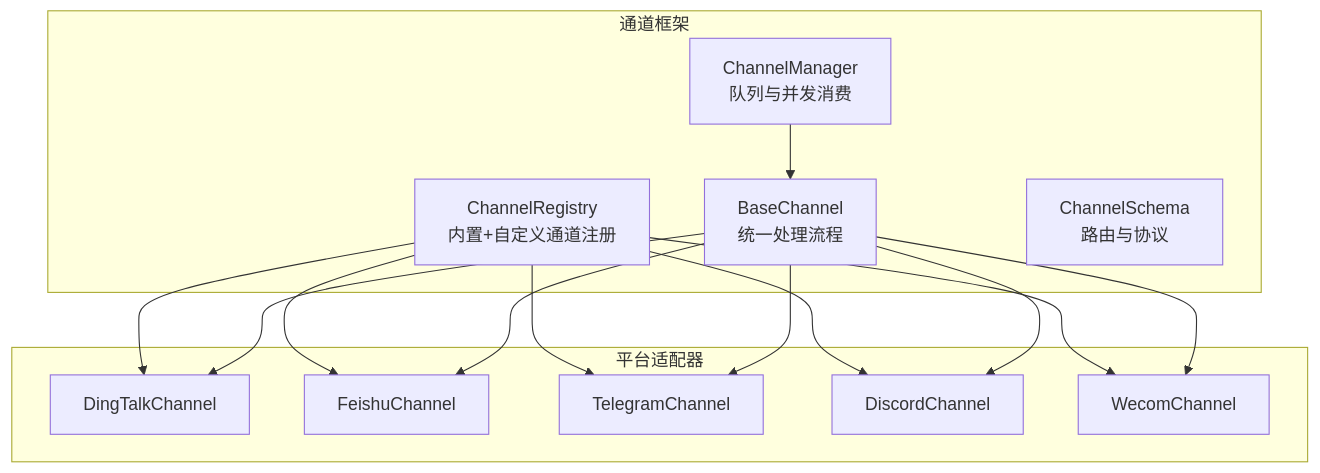
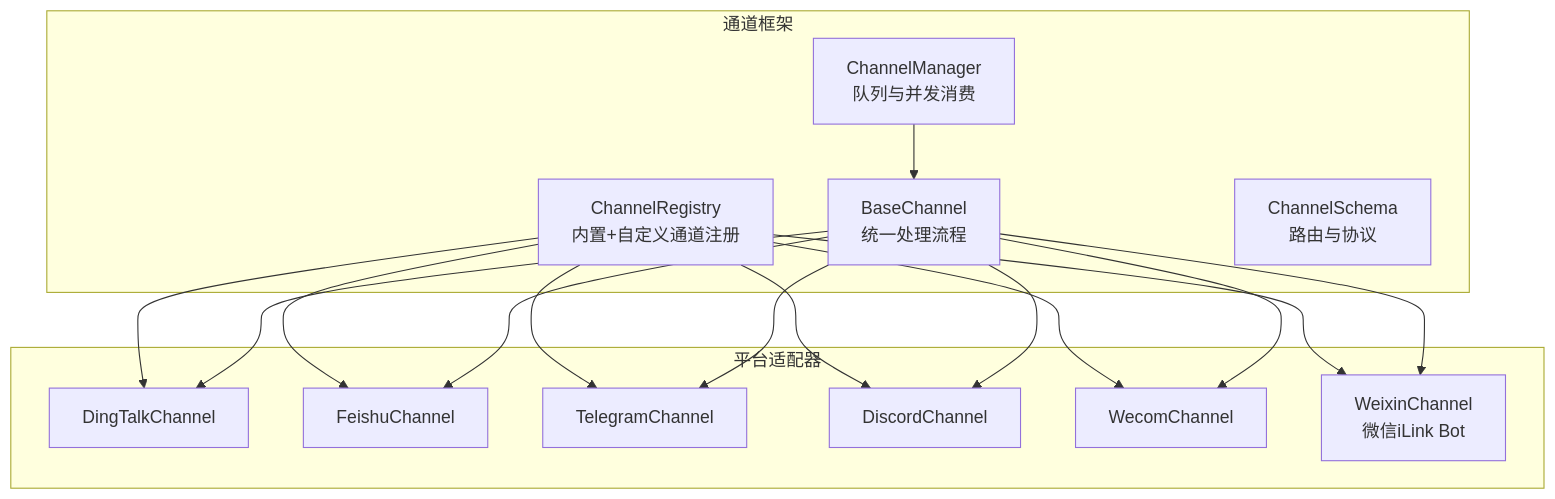
Before and after one commit to livehl/CoPaw: the first of 9 diagrams in .qoder/repowiki/zh/content/后端核心模块/渠道适配器系统/多平台实现/多平台实现.md, drawn with Mermaid. The commit also changed other lines of this file and 12 other files, not shown here.

````diff
--- a/.qoder/repowiki/zh/content/后端核心模块/渠道适配器系统/多平台实现/多平台实现.md
+++ b/.qoder/repowiki/zh/content/后端核心模块/渠道适配器系统/多平台实现/多平台实现.md
@@ -37,27 +50,30 @@
 ```mermaid
 graph TB
 subgraph "通道框架"
 Base["BaseChannel<br/>统一处理流程"]
 Manager["ChannelManager<br/>队列与并发消费"]
 Registry["ChannelRegistry<br/>内置+自定义通道注册"]
 Schema["ChannelSchema<br/>路由与协议"]
 end
 subgraph "平台适配器"
 DT["DingTalkChannel"]
 FS["FeishuChannel"]
 TG["TelegramChannel"]
 DC["DiscordChannel"]
 WC["WecomChannel"]
+WX["WeixinChannel<br/>微信iLink Bot"]
 end
 Registry --> DT
 Registry --> FS
 Registry --> TG
 Registry --> DC
 Registry --> WC
+Registry --> WX
 Manager --> Base
 Base --> DT
 Base --> FS
 Base --> TG
 Base --> DC
 Base --> WC
+Base --> WX
 ```
````
